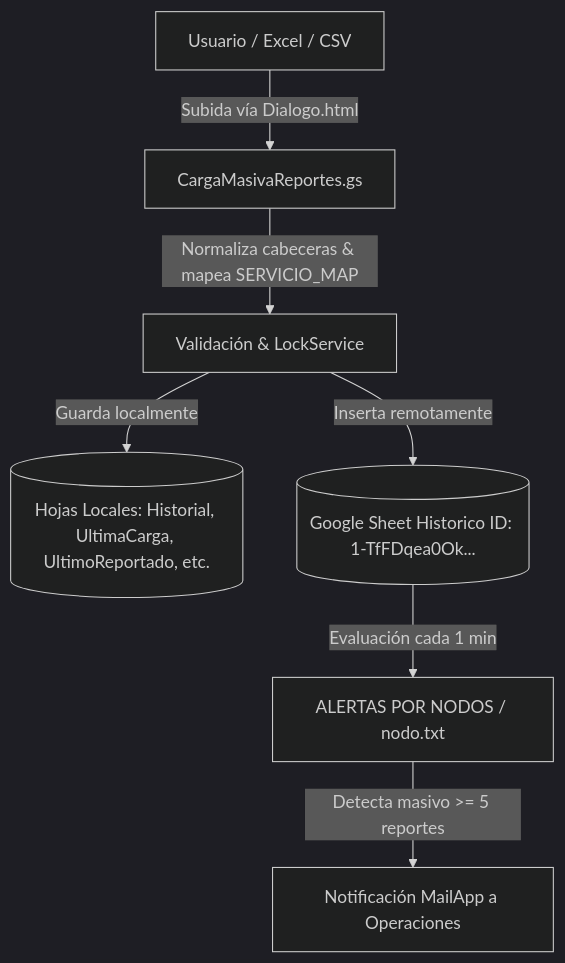
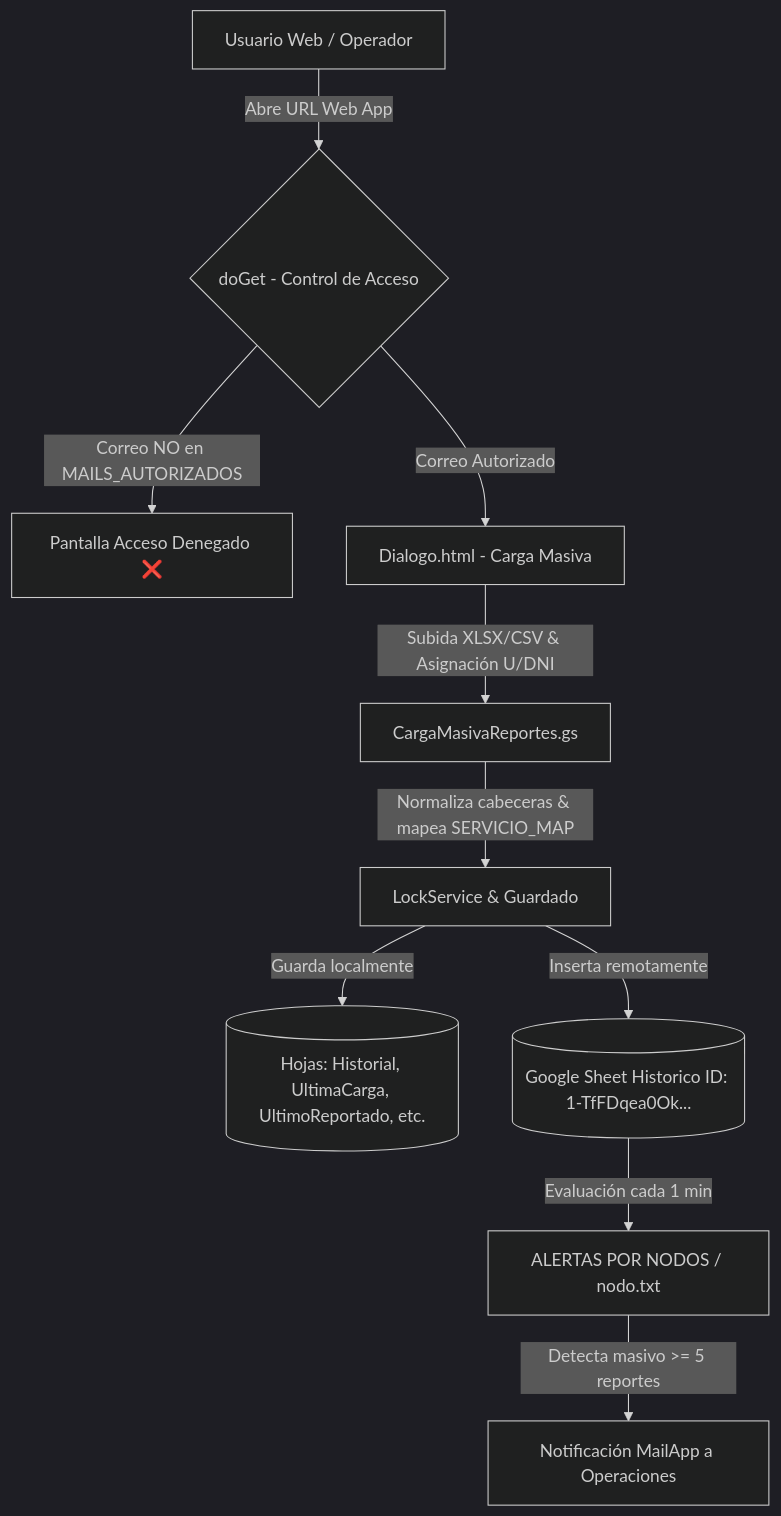
One commit to Migueerm/proyecto-nodos-anexo-padin changed the diagram in README.md. Above: the diagram before and after it, drawn with Mermaid (dark theme). The commit also changed other lines of this file and 3 other files, not shown here.

````diff
--- a/README.md
+++ b/README.md
@@ -9,9 +9,12 @@
 ```mermaid
 flowchart TD
-    A[Usuario / Excel / CSV] -->|Subida vía Dialogo.html| B[CargaMasivaReportes.gs]
-    B -->|Normaliza cabeceras & mapea SERVICIO_MAP| C[Validación & LockService]
-    C -->|Guarda localmente| D[(Hojas Locales: Historial, UltimaCarga, UltimoReportado, etc.)]
-    C -->|Inserta remotamente| E[(Google Sheet Historico ID: 1-TfFDqea0Ok...)]
-    E -->|Evaluación cada 1 min| F[ALERTAS POR NODOS / nodo.txt]
-    F -->|Detecta masivo >= 5 reportes| G[Notificación MailApp a Operaciones]
+    A[Usuario Web / Operador] -->|Abre URL Web App| B{doGet - Control de Acceso}
+    B -->|Correo NO en MAILS_AUTORIZADOS| C[Pantalla Acceso Denegado ❌]
+    B -->|Correo Autorizado| D[Dialogo.html - Carga Masiva]
+    D -->|Subida XLSX/CSV & Asignación U/DNI| E[CargaMasivaReportes.gs]
+    E -->|Normaliza cabeceras & mapea SERVICIO_MAP| F[LockService & Guardado]
+    F -->|Guarda localmente| G[(Hojas: Historial, UltimaCarga, UltimoReportado, etc.)]
+    F -->|Inserta remotamente| H[(Google Sheet Historico ID: 1-TfFDqea0Ok...)]
+    H -->|Evaluación cada 1 min| I[ALERTAS POR NODOS / nodo.txt]
+    I -->|Detecta masivo >= 5 reportes| J[Notificación MailApp a Operaciones]
 ```
````
